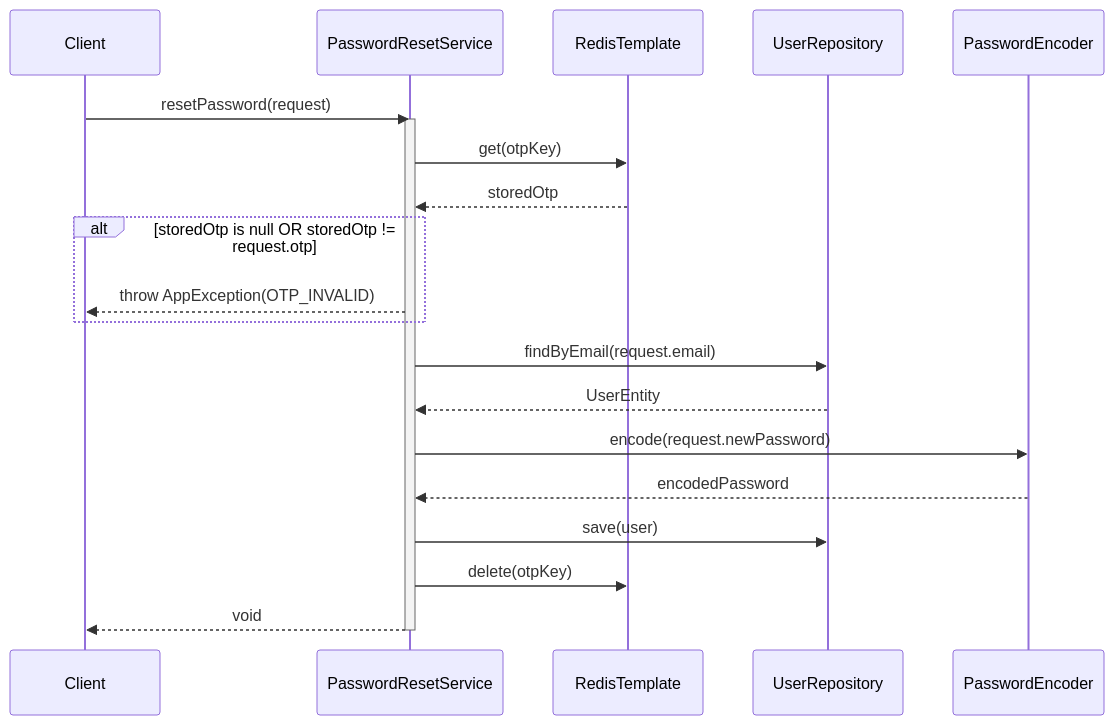
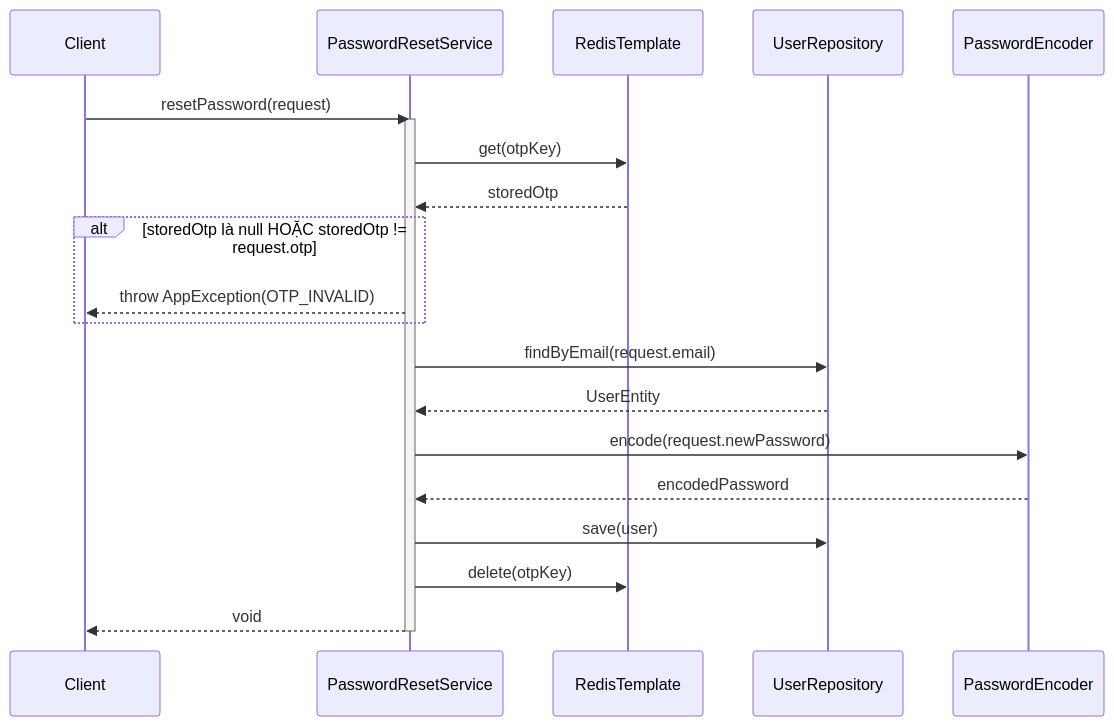
Before and after one commit to aquoc09/easymall: the fourth of 10 diagrams in .agent/sequence/auth_services_sequence_diagrams.md, drawn with Mermaid. The commit also changed other lines of this file and 18 other files, not shown here.

Commit message:
UPDATE: Sequence diagram vietnamese

````diff
--- a/.agent/sequence/auth_services_sequence_diagrams.md
+++ b/.agent/sequence/auth_services_sequence_diagrams.md
@@ -137,31 +137,31 @@
 ```mermaid
 sequenceDiagram
     participant Client
     participant PasswordResetService
     participant RedisTemplate
     participant UserRepository
     participant PasswordEncoder
 
     Client->>PasswordResetService: resetPassword(request)
     activate PasswordResetService
 
     PasswordResetService->>RedisTemplate: get(otpKey)
     RedisTemplate-->>PasswordResetService: storedOtp
 
-    alt storedOtp is null OR storedOtp != request.otp
+    alt storedOtp là null HOẶC storedOtp != request.otp
         PasswordResetService-->>Client: throw AppException(OTP_INVALID)
     end
 
     PasswordResetService->>UserRepository: findByEmail(request.email)
     UserRepository-->>PasswordResetService: UserEntity
 
     PasswordResetService->>PasswordEncoder: encode(request.newPassword)
     PasswordEncoder-->>PasswordResetService: encodedPassword
     
     PasswordResetService->>UserRepository: save(user)
     
     PasswordResetService->>RedisTemplate: delete(otpKey)
 
     PasswordResetService-->>Client: void
     deactivate PasswordResetService
 ```
````
